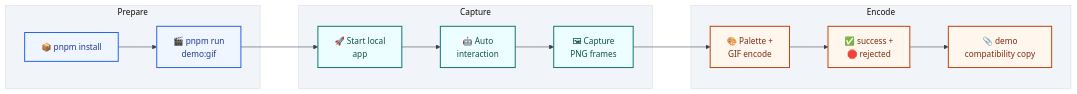
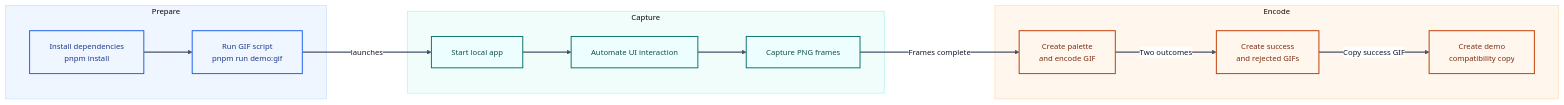
Before and after one commit to sunshineluyao/Moss-Mcp-Transaction: the second of 8 diagrams in README.md, drawn with Mermaid. The commit also changed other lines of this file, not shown here.

Commit message:
docs: refine Mermaid diagrams for full labels

````diff
--- a/README.md
+++ b/README.md
@@ -191,29 +194,33 @@
 ```mermaid
-%%{init: {'theme':'base','flowchart': {'htmlLabels': true, 'nodeSpacing': 56, 'rankSpacing': 70, 'curve': 'linear'},'themeVariables': {'fontFamily':'Trebuchet MS, Segoe UI, sans-serif','fontSize':'15px','primaryColor':'#eef6ff','primaryBorderColor':'#3b82f6','primaryTextColor':'#0f172a','lineColor':'#334155','secondaryColor':'#f8fafc','tertiaryColor':'#f1f5f9','edgeLabelBackground':'#e2e8f0'}}}%%
+%%{init: {'theme':'base','flowchart': {'htmlLabels': true, 'nodeSpacing': 72, 'rankSpacing': 88, 'curve': 'linear', 'padding': 18}, 'themeVariables': {'fontFamily':'Arial, Helvetica, sans-serif','fontSize':'14px','primaryTextColor':'#0f172a','lineColor':'#334155','clusterBkg':'#f8fafc','clusterBorder':'#cbd5e1','edgeLabelBackground':'#ffffff'}}}%%
 flowchart LR
   subgraph P1[Prepare]
-    A["📦 pnpm install"] --> B["🎬 pnpm run<br/>demo:gif"]
+    A["Install dependencies<br/>pnpm install"] --> B["Run GIF script<br/>pnpm run demo:gif"]
   end
 
   subgraph P2[Capture]
-    C["🚀 Start local<br/>app"] --> D["🤖 Auto<br/>interaction"]
-    D --> E["🖼 Capture<br/>PNG frames"]
+    C["Start local app"] --> D["Automate UI interaction"]
+    D --> E["Capture PNG frames"]
   end
 
   subgraph P3[Encode]
-    F["🎨 Palette +<br/>GIF encode"]
-    G["✅ success +<br/>🛑 rejected"]
-    H["📎 demo<br/>compatibility copy"]
+    F["Create palette<br/>and encode GIF"]
+    G["Create success<br/>and rejected GIFs"]
+    H["Create demo<br/>compatibility copy"]
   end
 
-  B --> C
-  E --> F --> G --> H
+  B -->|launches| C
+  E -->|Frames complete| F -->|Two outcomes| G -->|Copy success GIF| H
 
   classDef prep fill:#eff6ff,stroke:#2563eb,stroke-width:1.8px,color:#1e3a8a;
   classDef capture fill:#ecfeff,stroke:#0f766e,stroke-width:1.8px,color:#134e4a;
   classDef encode fill:#fff7ed,stroke:#c2410c,stroke-width:1.8px,color:#7c2d12;
 
   class A,B prep;
   class C,D,E capture;
   class F,G,H encode;
+  style P1 fill:#eff6ff,stroke:#bfdbfe,stroke-width:1px
+  style P2 fill:#f0fdfa,stroke:#99f6e4,stroke-width:1px
+  style P3 fill:#fff7ed,stroke:#fed7aa,stroke-width:1px
+  linkStyle default stroke:#475569,stroke-width:2px;
 ```
````
